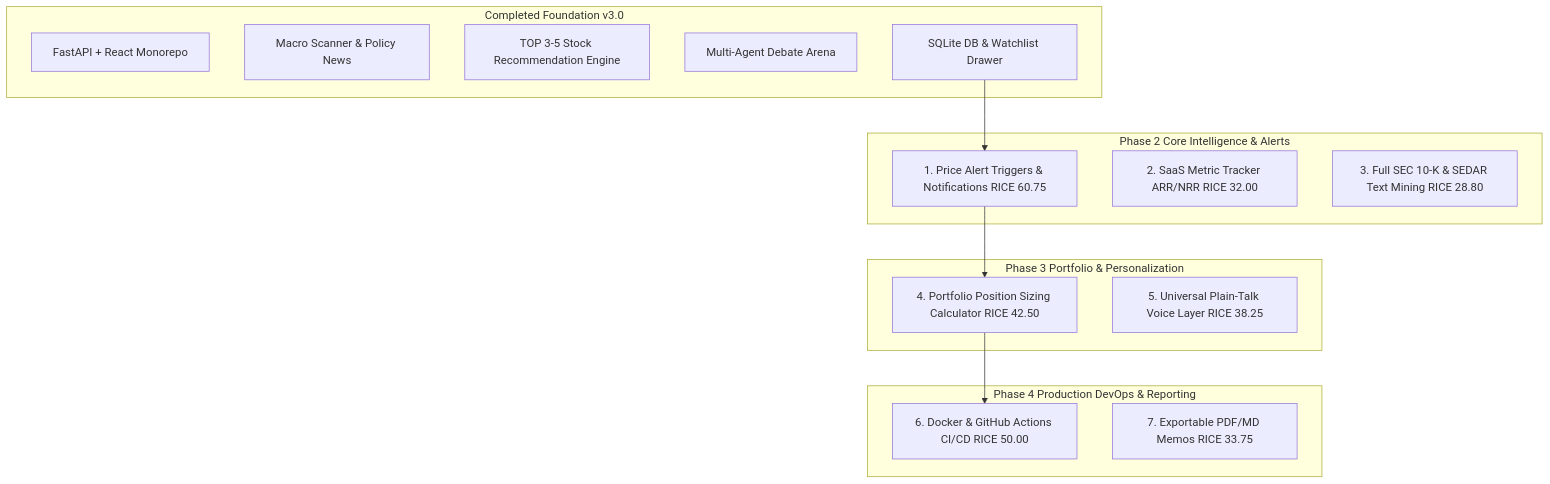
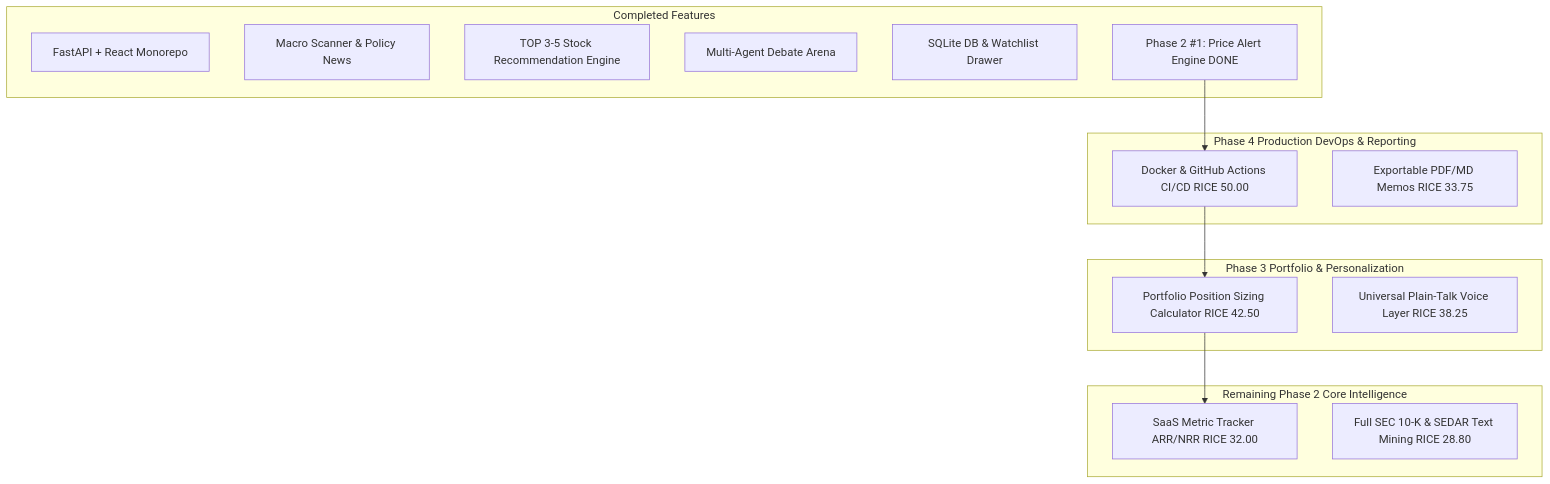
Before and after one commit to edzhangcan/ai-investment: the diagram in remaining_backlog_rice.md, drawn with Mermaid. The commit also changed other lines of this file and 10 other files, not shown here.

Commit message:
feat(recommendations): implement Multi-Category Stock Recommendation Engine (Sector Champions, Overall Leaders, Hidden Gold Nuggets) and SaaS Moat Tracker

````diff
--- a/remaining_backlog_rice.md
+++ b/remaining_backlog_rice.md
@@ -34,30 +29,30 @@
 ```mermaid
 graph TD
-    subgraph Completed Foundation v3.0
+    subgraph Completed Features
         F1[FastAPI + React Monorepo]
         F2[Macro Scanner & Policy News]
         F3[TOP 3-5 Stock Recommendation Engine]
         F4[Multi-Agent Debate Arena]
         F5[SQLite DB & Watchlist Drawer]
+        F6[Phase 2 #1: Price Alert Engine DONE]
     end
 
-    subgraph Phase 2 Core Intelligence & Alerts
-        P2_1[1. Price Alert Triggers & Notifications RICE 60.75]
-        P2_2[2. SaaS Metric Tracker ARR/NRR RICE 32.00]
-        P2_3[3. Full SEC 10-K & SEDAR Text Mining RICE 28.80]
+    subgraph Remaining Phase 2 Core Intelligence
+        P2_2[SaaS Metric Tracker ARR/NRR RICE 32.00]
+        P2_3[Full SEC 10-K & SEDAR Text Mining RICE 28.80]
     end
 
     subgraph Phase 3 Portfolio & Personalization
-        P3_1[4. Portfolio Position Sizing Calculator RICE 42.50]
-        P3_2[5. Universal Plain-Talk Voice Layer RICE 38.25]
+        P3_1[Portfolio Position Sizing Calculator RICE 42.50]
+        P3_2[Universal Plain-Talk Voice Layer RICE 38.25]
     end
 
     subgraph Phase 4 Production DevOps & Reporting
-        P4_1[6. Docker & GitHub Actions CI/CD RICE 50.00]
-        P4_2[7. Exportable PDF/MD Memos RICE 33.75]
+        P4_1[Docker & GitHub Actions CI/CD RICE 50.00]
+        P4_2[Exportable PDF/MD Memos RICE 33.75]
     end
 
-    F5 --> P2_1
-    P2_1 --> P3_1
-    P3_1 --> P4_1
+    F6 --> P4_1
+    P4_1 --> P3_1
+    P3_1 --> P2_2
 ```
````
